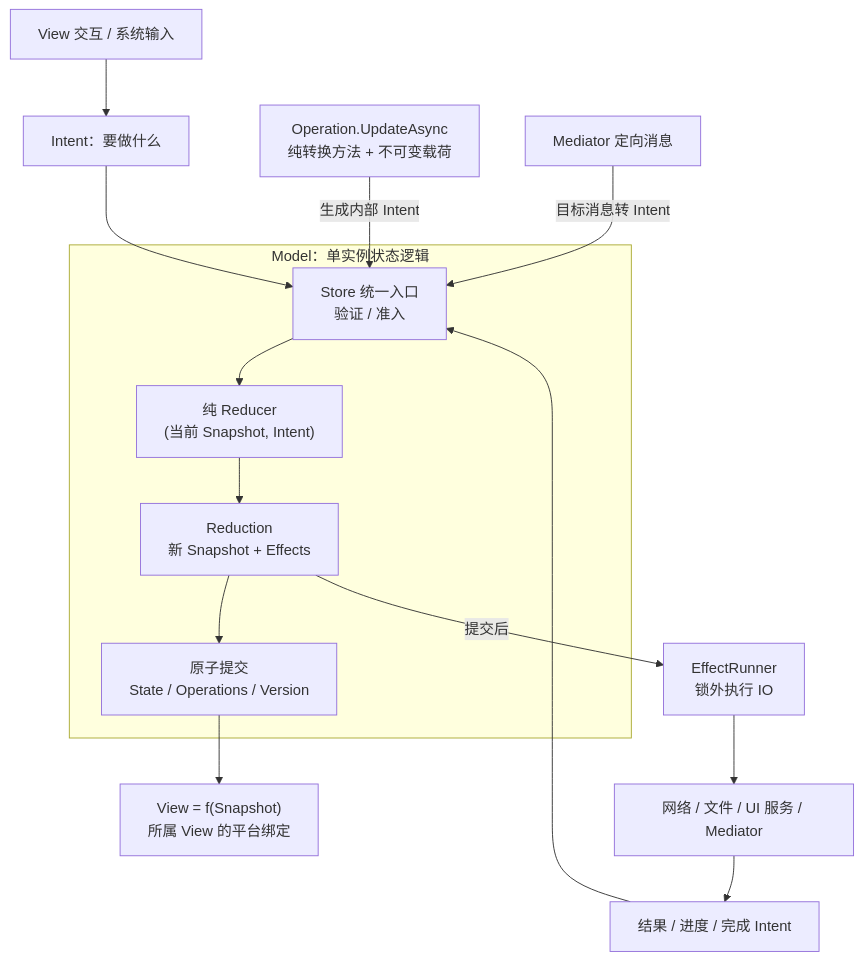
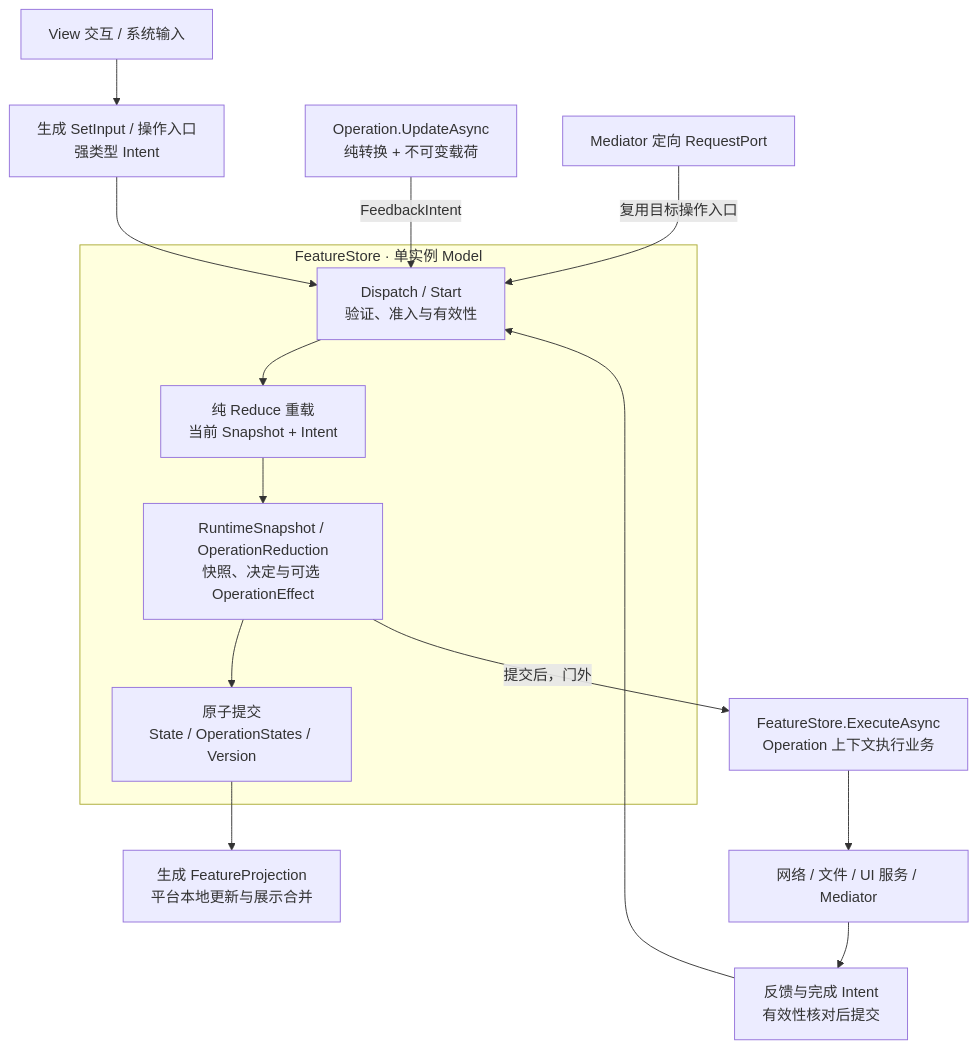
The diagram in docs/mvi-next/diagrams/mvi-dataflow.mmd (MiKiNuo/MVI), drawn with Mermaid before and after one commit. The commit also changed 329 other files, not shown here.

```diff
--- a/docs/mvi-next/diagrams/mvi-dataflow.mmd
+++ b/docs/mvi-next/diagrams/mvi-dataflow.mmd
@@ -1,15 +1,15 @@
 flowchart TB
-    UI["View 交互 / 系统输入"] --> I["Intent：要做什么"]
-    subgraph M["Model：单实例状态逻辑"]
-        E["Store 统一入口<br/>验证 / 准入"] --> R["纯 Reducer<br/>(当前 Snapshot, Intent)"]
-        R --> N["Reduction<br/>新 Snapshot + Effects"]
-        N --> C["原子提交<br/>State / Operations / Version"]
+    UI["View 交互 / 系统输入"] --> I["生成 SetInput / 操作入口<br/>强类型 Intent"]
+    subgraph M["FeatureStore · 单实例 Model"]
+        E["Dispatch / Start<br/>验证、准入与有效性"] --> R["纯 Reduce 重载<br/>当前 Snapshot + Intent"]
+        R --> N["RuntimeSnapshot / OperationReduction<br/>快照、决定与可选 OperationEffect"]
+        N --> C["原子提交<br/>State / OperationStates / Version"]
     end
     I --> E
-    C --> V["View = f(Snapshot)<br/>所属 View 的平台绑定"]
-    N -->|"提交后"| X["EffectRunner<br/>锁外执行 IO"]
+    C --> V["生成 FeatureProjection<br/>平台本地更新与展示合并"]
+    N -->|"提交后，门外"| X["FeatureStore.ExecuteAsync<br/>Operation 上下文执行业务"]
     X --> S["网络 / 文件 / UI 服务 / Mediator"]
-    S --> F["结果 / 进度 / 完成 Intent"]
+    S --> F["反馈与完成 Intent<br/>有效性核对后提交"]
     F --> E
-    O["Operation.UpdateAsync<br/>纯转换方法 + 不可变载荷"] -->|"生成内部 Intent"| E
-    T["Mediator 定向消息"] -->|"目标消息转 Intent"| E
+    O["Operation.UpdateAsync<br/>纯转换 + 不可变载荷"] -->|"FeedbackIntent"| E
+    T["Mediator 定向 RequestPort"] -->|"复用目标操作入口"| E
```
